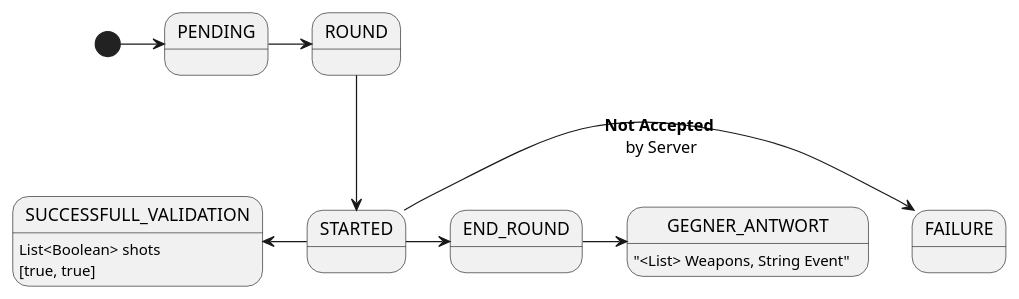
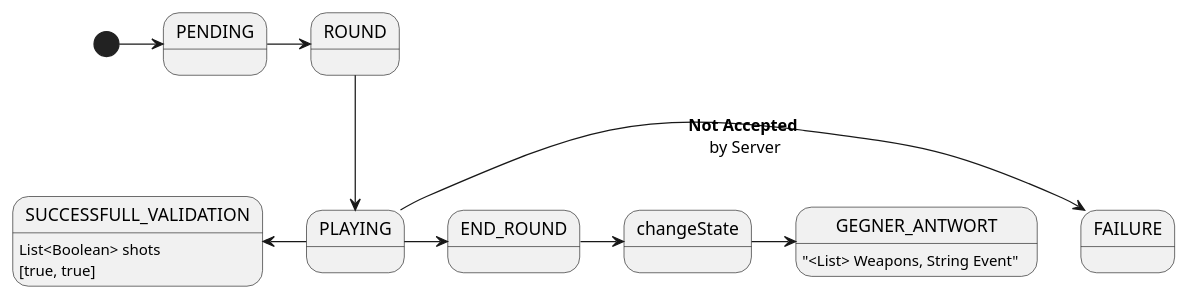
One commit to ksreyr/SpaceStudio changed the tenth of 10 diagrams in docs/Multiplayer.org. Above: the diagram before and after it, drawn with PlantUML. The commit also changed 11 other files, not shown here.

```diff
--- a/docs/Multiplayer.org
+++ b/docs/Multiplayer.org
@@ -319,20 +319,22 @@
 #+BEGIN_SRC plantuml :file combatSequence.png
 
 
 [*] -right-> PENDING
 PENDING -right-> ROUND
-ROUND -down-> STARTED
-STARTED -right-> FAILURE: <b> Not Accepted </b>\n by Server
-STARTED -left-> SUCCESSFULL_VALIDATION
+ROUND -down-> PLAYING
+PLAYING -right-> FAILURE: <b> Not Accepted </b>\n by Server
+PLAYING -left-> SUCCESSFULL_VALIDATION
+PLAYING -> END_ROUND
+END_ROUND -> changeState
+changeState -> GEGNER_ANTWORT
+
+
 
 
 SUCCESSFULL_VALIDATION: List<Boolean> shots
 SUCCESSFULL_VALIDATION: [true, true]
 
-STARTED -> END_ROUND
-END_ROUND -> GEGNER_ANTWORT
-
 GEGNER_ANTWORT:  "<List> Weapons, String Event"
 
 
 #+END_SRC
```
